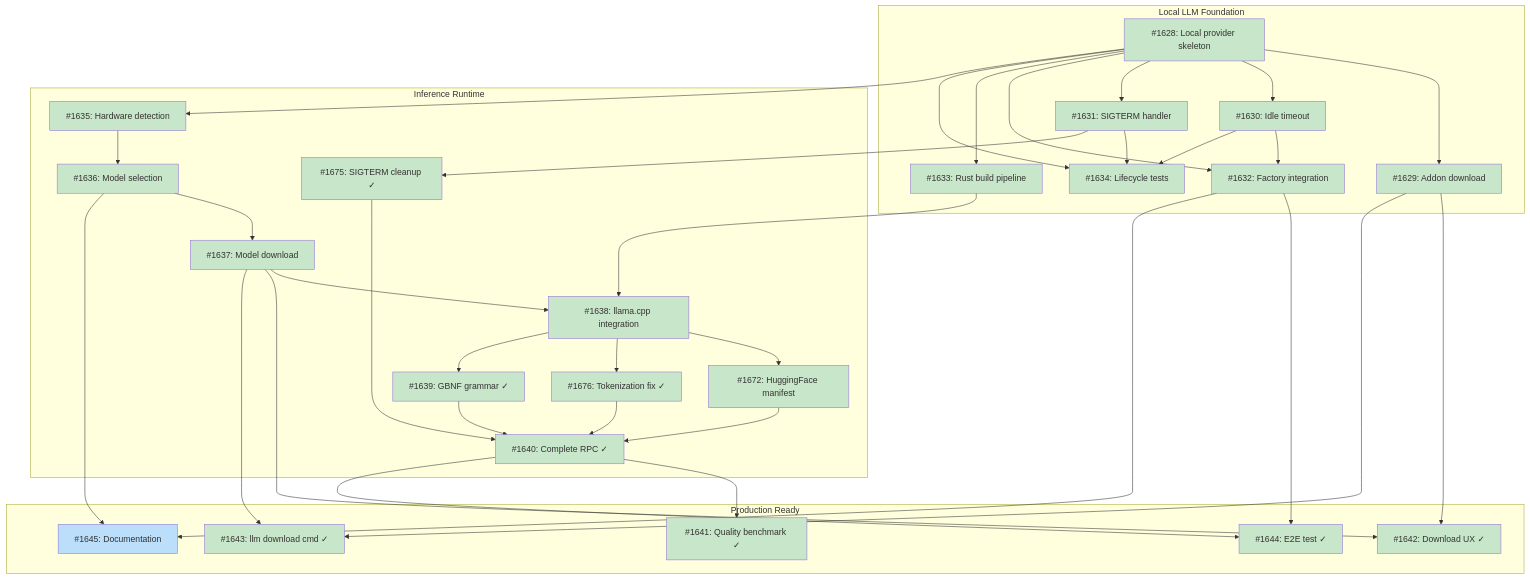
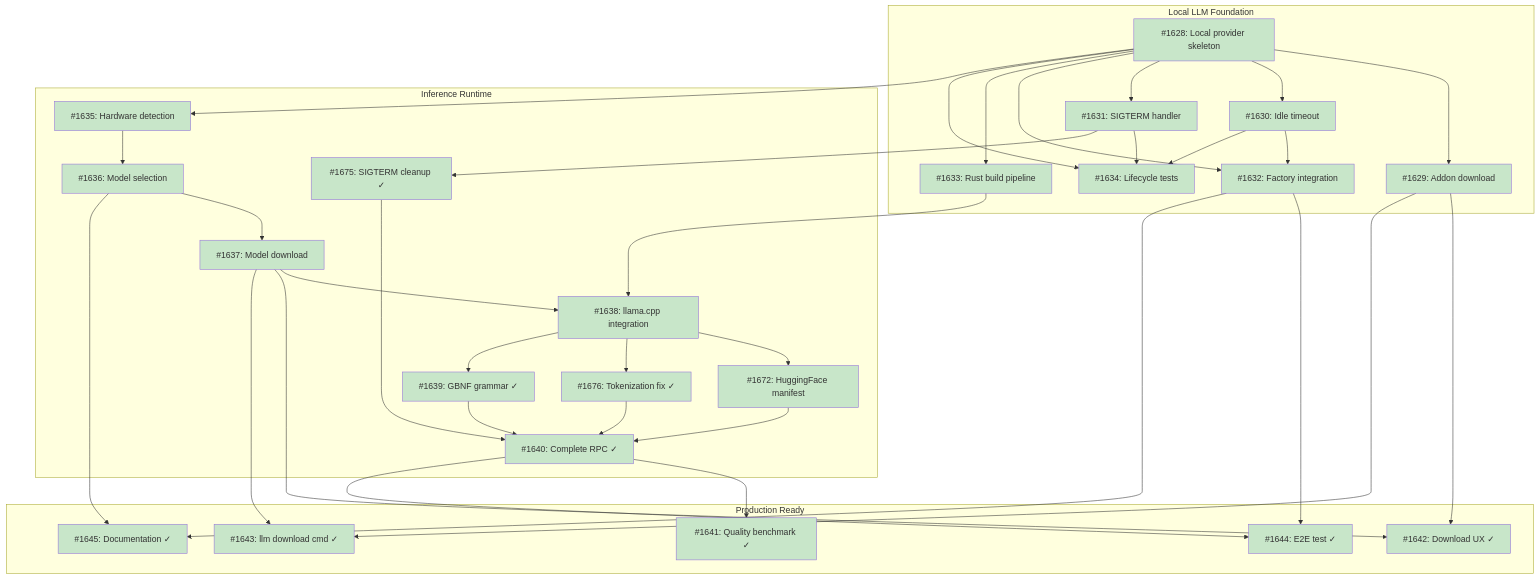
The diagram in docs/designs/DESIGN-local-llm-runtime.md (tsukumogami/tsuku), drawn with Mermaid before and after one commit. The commit also changed other lines of this file, not shown here.

Commit message:
docs(design): mark #1645 as done in local-llm-runtime design

````diff
--- a/docs/designs/DESIGN-local-llm-runtime.md
+++ b/docs/designs/DESIGN-local-llm-runtime.md
@@ -80,72 +80,71 @@
 ```mermaid
 graph TD
     subgraph M1["Local LLM Foundation"]
         I1628["#1628: Local provider skeleton"]
         I1629["#1629: Addon download"]
         I1630["#1630: Idle timeout"]
         I1631["#1631: SIGTERM handler"]
         I1632["#1632: Factory integration"]
         I1633["#1633: Rust build pipeline"]
         I1634["#1634: Lifecycle tests"]
     end
 
     subgraph M2["Inference Runtime"]
         I1635["#1635: Hardware detection"]
         I1636["#1636: Model selection"]
         I1637["#1637: Model download"]
         I1638["#1638: llama.cpp integration"]
         I1672["#1672: HuggingFace manifest"]
         I1675["#1675: SIGTERM cleanup ✓"]
         I1676["#1676: Tokenization fix ✓"]
         I1639["#1639: GBNF grammar ✓"]
         I1640["#1640: Complete RPC ✓"]
     end
 
     subgraph M3["Production Ready"]
         I1641["#1641: Quality benchmark ✓"]
         I1642["#1642: Download UX ✓"]
         I1643["#1643: llm download cmd ✓"]
         I1644["#1644: E2E test ✓"]
-        I1645["#1645: Documentation"]
+        I1645["#1645: Documentation ✓"]
     end
 
     I1628 --> I1629
     I1628 --> I1630
     I1628 --> I1631
     I1628 --> I1632
     I1630 --> I1632
     I1628 --> I1633
     I1628 --> I1634
     I1630 --> I1634
     I1631 --> I1634
     I1628 --> I1635
     I1635 --> I1636
     I1636 --> I1637
     I1633 --> I1638
     I1637 --> I1638
     I1638 --> I1672
     I1631 --> I1675
     I1638 --> I1676
     I1638 --> I1639
     I1672 --> I1640
     I1675 --> I1640
     I1676 --> I1640
     I1639 --> I1640
     I1640 --> I1641
     I1629 --> I1642
     I1637 --> I1642
     I1629 --> I1643
     I1637 --> I1643
     I1640 --> I1644
     I1632 --> I1644
     I1632 --> I1645
     I1636 --> I1645
 
     classDef done fill:#c8e6c9
     classDef ready fill:#bbdefb
     classDef blocked fill:#fff9c4
     classDef needsDesign fill:#e1bee7
 
-    class I1628,I1629,I1630,I1631,I1632,I1633,I1634,I1635,I1636,I1637,I1638,I1672,I1675,I1676,I1639,I1640,I1641,I1642,I1643,I1644 done
-    class I1645 ready
+    class I1628,I1629,I1630,I1631,I1632,I1633,I1634,I1635,I1636,I1637,I1638,I1672,I1675,I1676,I1639,I1640,I1641,I1642,I1643,I1644,I1645 done
 ```
````
